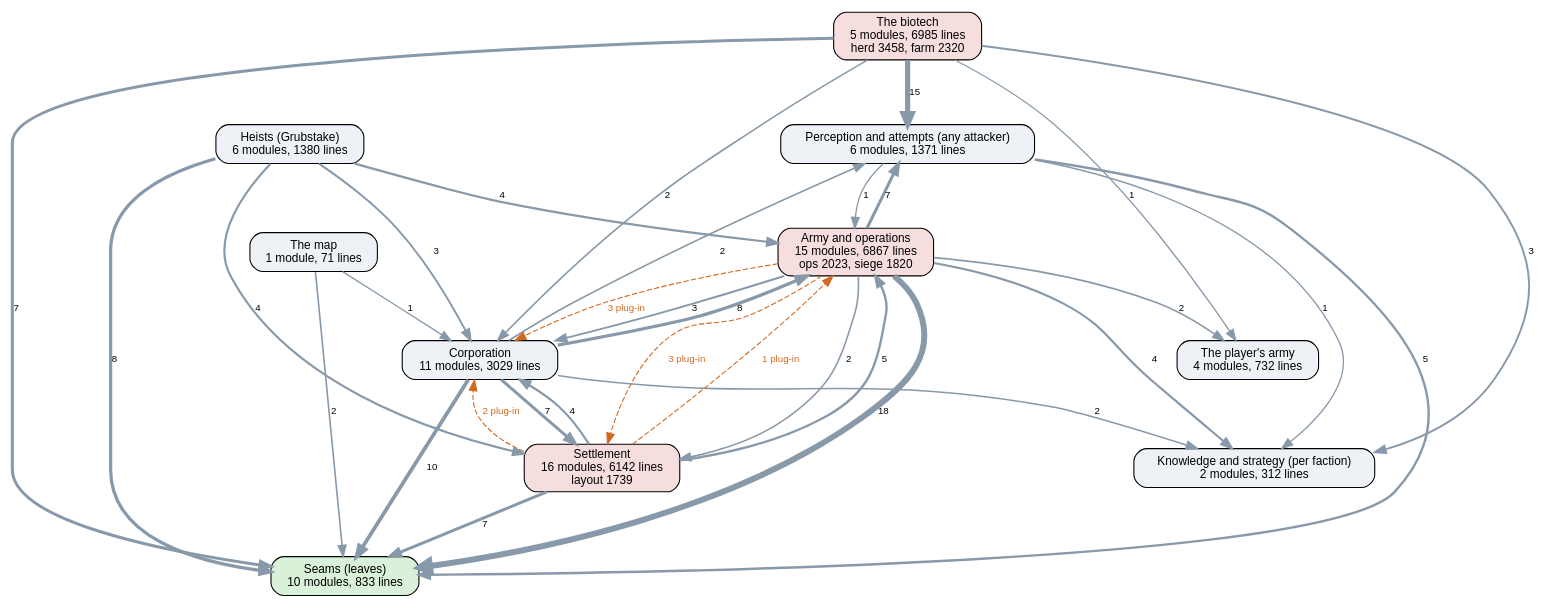
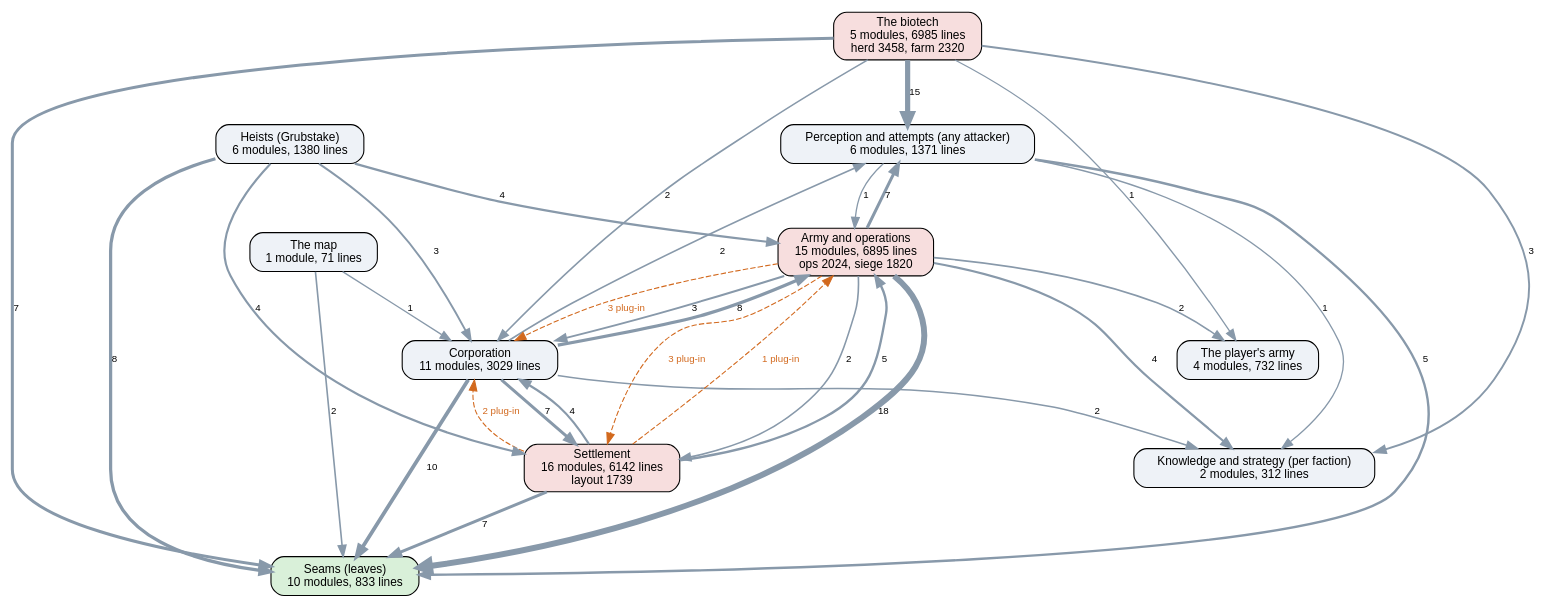
One commit to kinelhu/landing-party changed the diagram in docs/ai-layers.dot. Above: the diagram before and after it, drawn with Graphviz. The commit also changed 26 other files, not shown here.

```diff
--- a/docs/ai-layers.dot
+++ b/docs/ai-layers.dot
@@ -1,47 +1,47 @@
 digraph layers {
   graph [rankdir=TB, fontname="Helvetica", nodesep=0.5, ranksep=0.7];
   node [shape=box, style="rounded,filled", fontname="Helvetica", fontsize=11, fillcolor="#eef2f7"];
   edge [color="#8899aa", fontname="Helvetica", fontsize=9];
   "Seams (leaves)" [label="Seams (leaves)\n10 modules, 833 lines", fillcolor="#d9f0d9"];
   "Perception and attempts (any attacker)" [label="Perception and attempts (any attacker)\n6 modules, 1371 lines", fillcolor="#eef2f7"];
   "Knowledge and strategy (per faction)" [label="Knowledge and strategy (per faction)\n2 modules, 312 lines", fillcolor="#eef2f7"];
   "Corporation" [label="Corporation\n11 modules, 3029 lines", fillcolor="#eef2f7"];
   "Settlement" [label="Settlement\n16 modules, 6142 lines\nlayout 1739", fillcolor="#f7dede"];
-  "Army and operations" [label="Army and operations\n15 modules, 6867 lines\nops 2023, siege 1820", fillcolor="#f7dede"];
+  "Army and operations" [label="Army and operations\n15 modules, 6895 lines\nops 2024, siege 1820", fillcolor="#f7dede"];
   "Heists (Grubstake)" [label="Heists (Grubstake)\n6 modules, 1380 lines", fillcolor="#eef2f7"];
   "The biotech" [label="The biotech\n5 modules, 6985 lines\nherd 3458, farm 2320", fillcolor="#f7dede"];
   "The map" [label="The map\n1 module, 71 lines", fillcolor="#eef2f7"];
   "The player's army" [label="The player's army\n4 modules, 732 lines", fillcolor="#eef2f7"];
   "Army and operations" -> "Corporation" [label="3", penwidth=1.8];
   "Army and operations" -> "Knowledge and strategy (per faction)" [label="4", penwidth=2.0];
   "Army and operations" -> "Perception and attempts (any attacker)" [label="7", penwidth=2.8];
   "Army and operations" -> "Seams (leaves)" [label="18", penwidth=5.5];
   "Army and operations" -> "Settlement" [label="2", penwidth=1.5];
   "Army and operations" -> "The player's army" [label="2", penwidth=1.5];
   "Corporation" -> "Army and operations" [label="8", penwidth=3.0];
   "Corporation" -> "Knowledge and strategy (per faction)" [label="2", penwidth=1.5];
   "Corporation" -> "Perception and attempts (any attacker)" [label="2", penwidth=1.5];
   "Corporation" -> "Seams (leaves)" [label="10", penwidth=3.5];
   "Corporation" -> "Settlement" [label="7", penwidth=2.8];
   "Heists (Grubstake)" -> "Army and operations" [label="4", penwidth=2.0];
   "Heists (Grubstake)" -> "Corporation" [label="3", penwidth=1.8];
   "Heists (Grubstake)" -> "Seams (leaves)" [label="8", penwidth=3.0];
   "Heists (Grubstake)" -> "Settlement" [label="4", penwidth=2.0];
   "Perception and attempts (any attacker)" -> "Army and operations" [label="1", penwidth=1.2];
   "Perception and attempts (any attacker)" -> "Knowledge and strategy (per faction)" [label="1", penwidth=1.2];
   "Perception and attempts (any attacker)" -> "Seams (leaves)" [label="5", penwidth=2.2];
   "Settlement" -> "Army and operations" [label="5", penwidth=2.2];
   "Settlement" -> "Corporation" [label="4", penwidth=2.0];
   "Settlement" -> "Seams (leaves)" [label="7", penwidth=2.8];
   "The biotech" -> "Corporation" [label="2", penwidth=1.5];
   "The biotech" -> "Knowledge and strategy (per faction)" [label="3", penwidth=1.8];
   "The biotech" -> "Perception and attempts (any attacker)" [label="15", penwidth=4.8];
   "The biotech" -> "Seams (leaves)" [label="7", penwidth=2.8];
   "The biotech" -> "The player's army" [label="1", penwidth=1.2];
   "The map" -> "Corporation" [label="1", penwidth=1.2];
   "The map" -> "Seams (leaves)" [label="2", penwidth=1.5];
   "Army and operations" -> "Corporation" [style=dashed, color="#d2691e", fontcolor="#d2691e", label="3 plug-in"];
   "Army and operations" -> "Settlement" [style=dashed, color="#d2691e", fontcolor="#d2691e", label="3 plug-in"];
   "Settlement" -> "Army and operations" [style=dashed, color="#d2691e", fontcolor="#d2691e", label="1 plug-in"];
   "Settlement" -> "Corporation" [style=dashed, color="#d2691e", fontcolor="#d2691e", label="2 plug-in"];
 }
```
